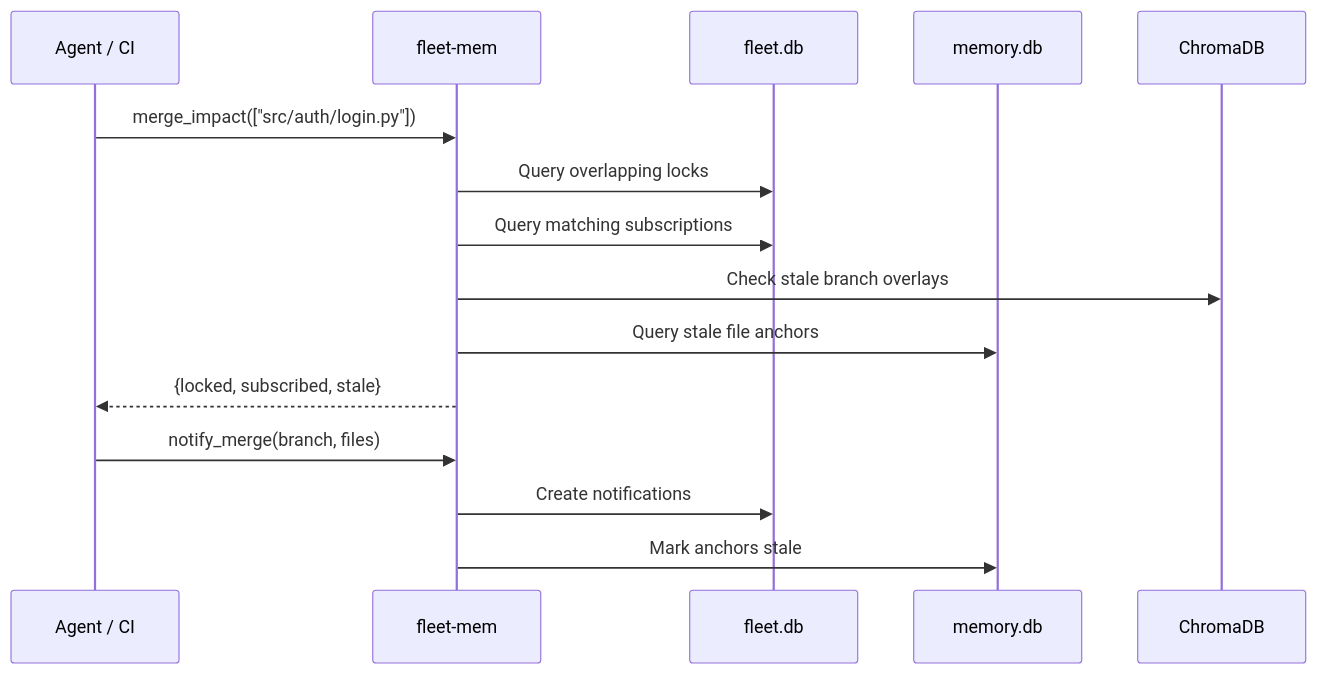
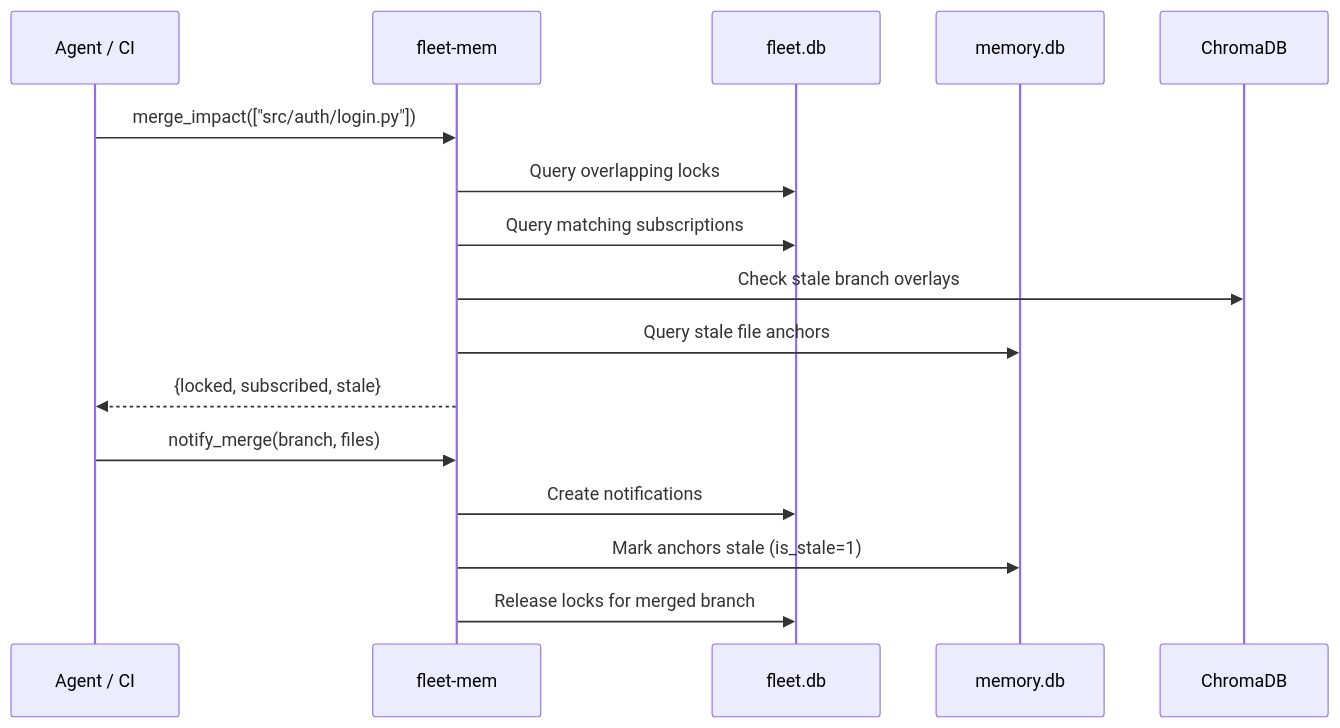
One commit to sam-ent/fleet-mem changed the seventh of 9 diagrams in README.md. Above: the diagram before and after it, drawn with Mermaid. The commit also changed other lines of this file, not shown here.

````diff
--- a/README.md
+++ b/README.md
@@ -332,19 +342,20 @@
 ```mermaid
 sequenceDiagram
     participant AC as Agent / CI
     participant FM as fleet-mem
     participant F as fleet.db
     participant M as memory.db
     participant C as ChromaDB
 
     AC->>FM: merge_impact(["src/auth/login.py"])
     FM->>F: Query overlapping locks
     FM->>F: Query matching subscriptions
     FM->>C: Check stale branch overlays
     FM->>M: Query stale file anchors
     FM-->>AC: {locked, subscribed, stale}
 
     AC->>FM: notify_merge(branch, files)
     FM->>F: Create notifications
-    FM->>M: Mark anchors stale
+    FM->>M: Mark anchors stale (is_stale=1)
+    FM->>F: Release locks for merged branch
 ```
````
